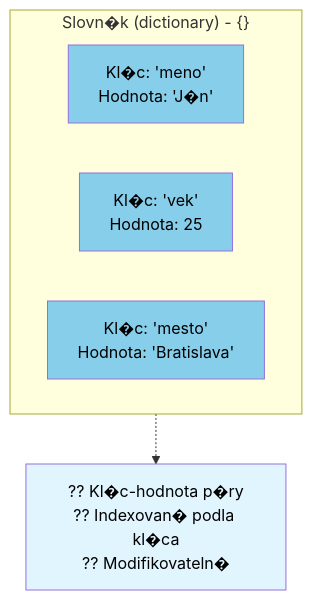
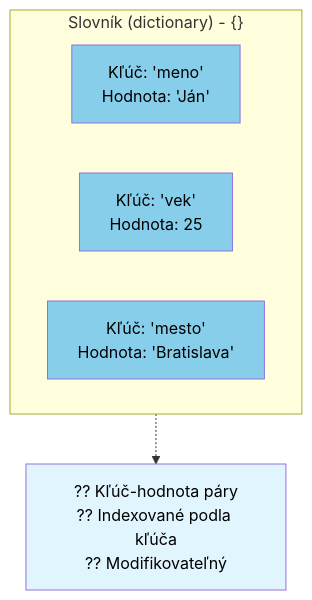
One commit to SpsKnSK/api changed the second of 2 diagrams in Lessons_sk/12_list_set_dictionary_tuple_sk_1.md. Above: the diagram before and after it, drawn with Mermaid. The commit also changed other lines of this file, not shown here.

````diff
--- a/Lessons_sk/12_list_set_dictionary_tuple_sk_1.md
+++ b/Lessons_sk/12_list_set_dictionary_tuple_sk_1.md
@@ -125,14 +125,14 @@
 ```mermaid
 graph TB
-    subgraph Szotar["Slovn�k (dictionary) - {}"]
-        D1["Kl�c: 'meno'<br/>Hodnota: 'J�n'"]
-        D2["Kl�c: 'vek'<br/>Hodnota: 25"]
-        D3["Kl�c: 'mesto'<br/>Hodnota: 'Bratislava'"]
+    subgraph Szotar["Slovník (dictionary) - {}"]
+        D1["Kľúč: 'meno'<br/>Hodnota: 'Ján'"]
+        D2["Kľúč: 'vek'<br/>Hodnota: 25"]
+        D3["Kľúč: 'mesto'<br/>Hodnota: 'Bratislava'"]
         style D1 fill:#87CEEB,color:#000000
         style D2 fill:#87CEEB,color:#000000
         style D3 fill:#87CEEB,color:#000000
     end
-    SzotarJegyzet["?? Kl�c-hodnota p�ry<br/>?? Indexovan� podla kl�ca<br/>?? Modifikovateln�"]
+    SzotarJegyzet["?? Kľúč-hodnota páry<br/>?? Indexované podla kľúča<br/>?? Modifikovateľný"]
     Szotar -.-> SzotarJegyzet
     style SzotarJegyzet fill:#E1F5FE,color:#000000
 ```
````
